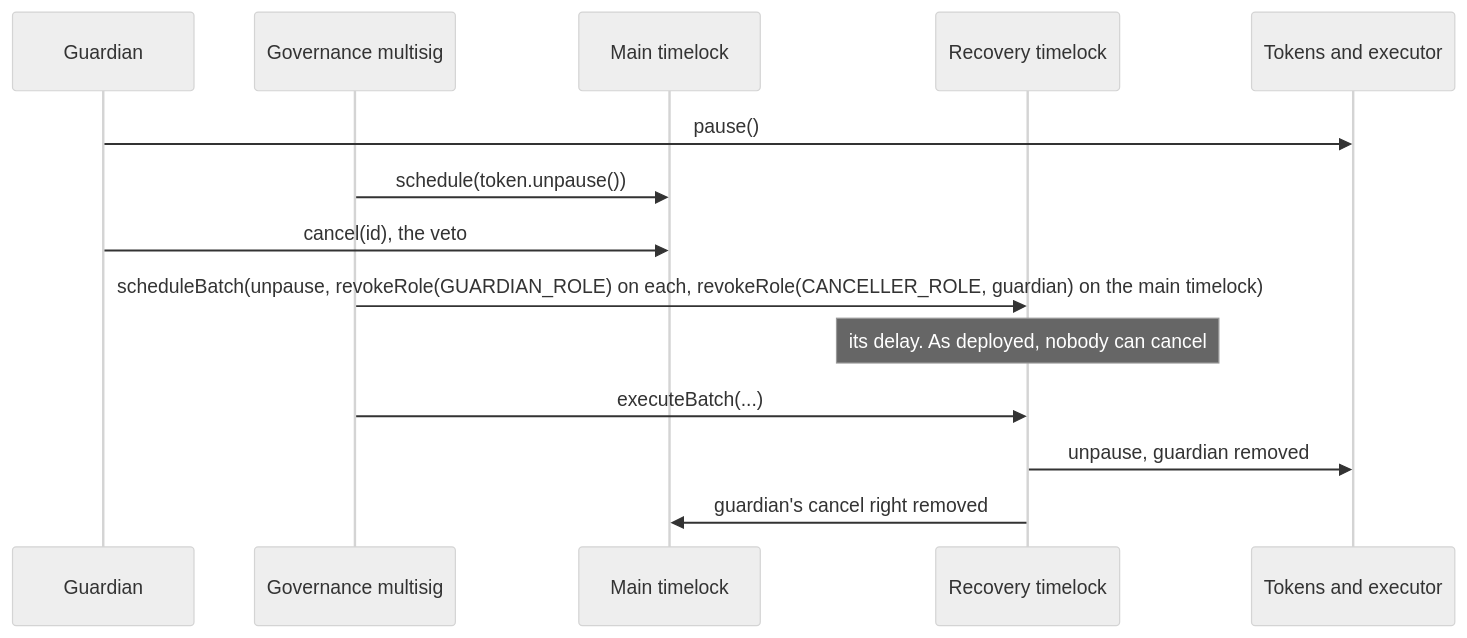
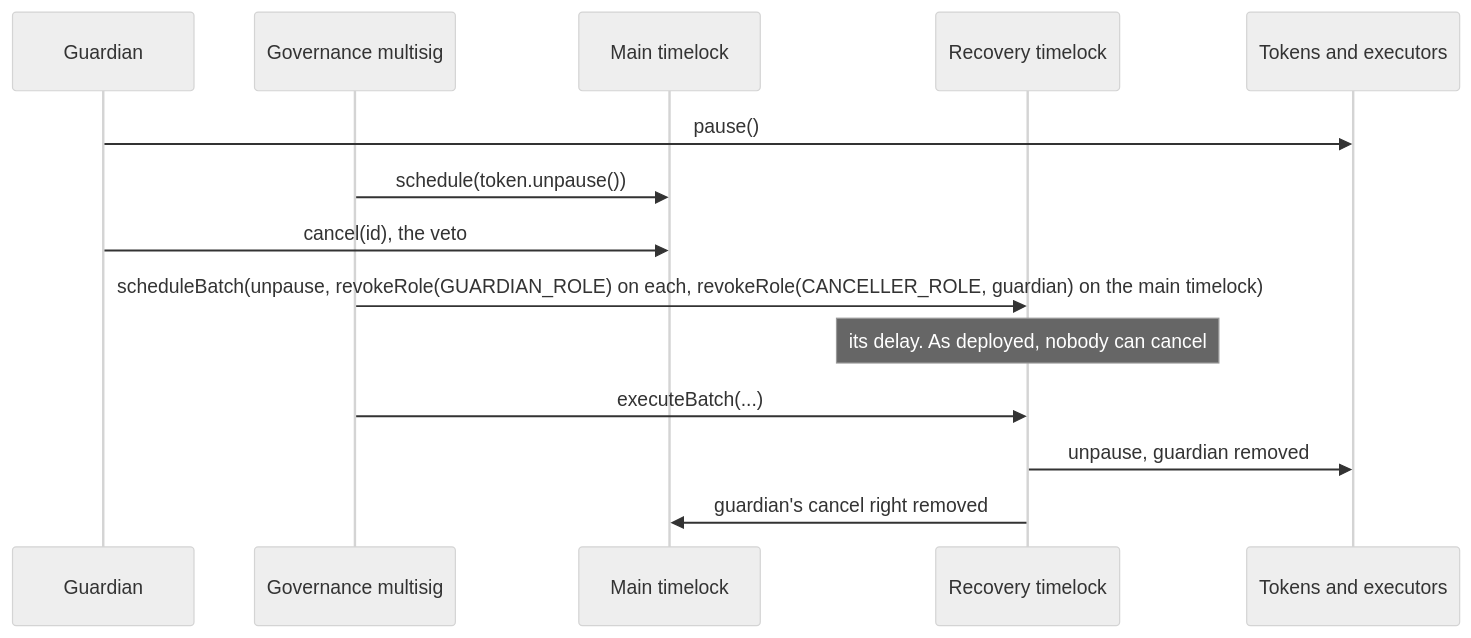
The second of 6 diagrams in docs/governance-and-deployment.md (fepvenancio/rwa-token), drawn with Mermaid (neutral theme) before and after one commit. The commit also changed other lines of this file and 116 other files, not shown here.

````diff
--- a/docs/governance-and-deployment.md
+++ b/docs/governance-and-deployment.md
@@ -73,16 +81,16 @@
 ```mermaid
 sequenceDiagram
   participant G as Guardian
   participant Gov as Governance multisig
   participant TL as Main timelock
   participant RT as Recovery timelock
-  participant X as Tokens and executor
+  participant X as Tokens and executors
   G->>X: pause()
   Gov->>TL: schedule(token.unpause())
   G->>TL: cancel(id), the veto
   Gov->>RT: scheduleBatch(unpause, revokeRole(GUARDIAN_ROLE) on each, revokeRole(CANCELLER_ROLE, guardian) on the main timelock)
   Note over RT: its delay. As deployed, nobody can cancel
   Gov->>RT: executeBatch(...)
   RT->>X: unpause, guardian removed
   RT->>TL: guardian's cancel right removed
 ```
````
